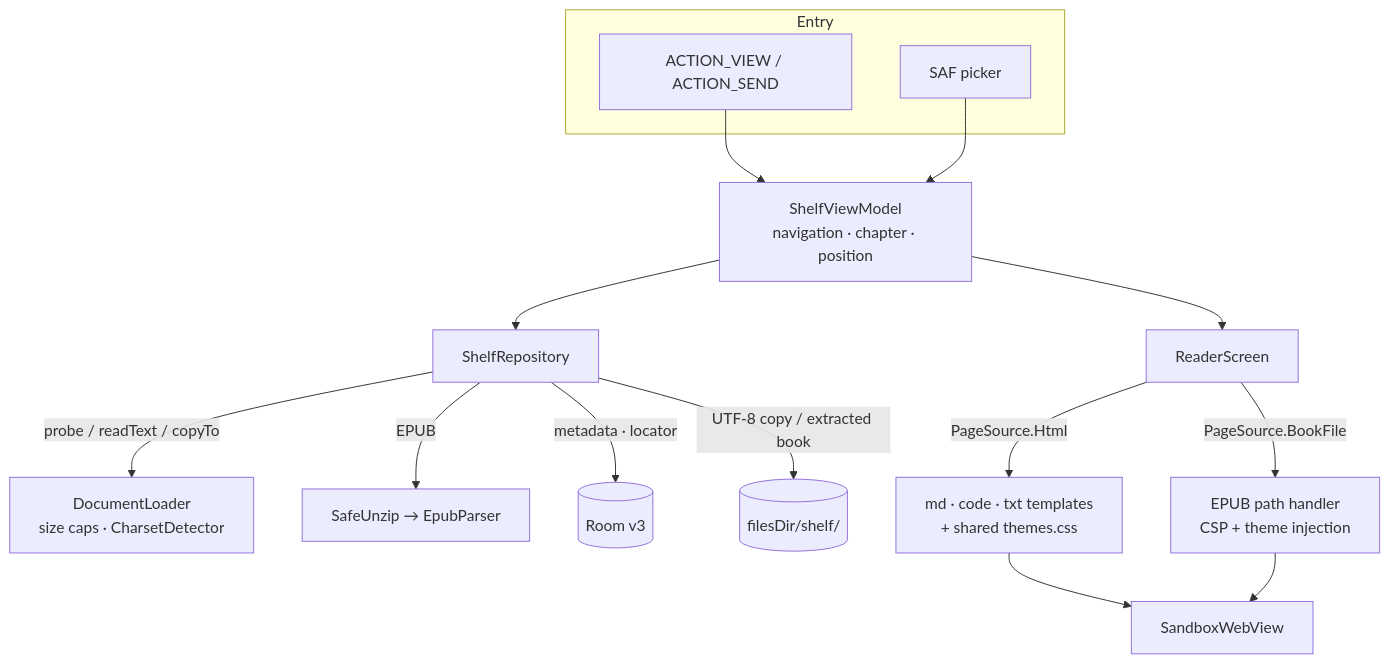
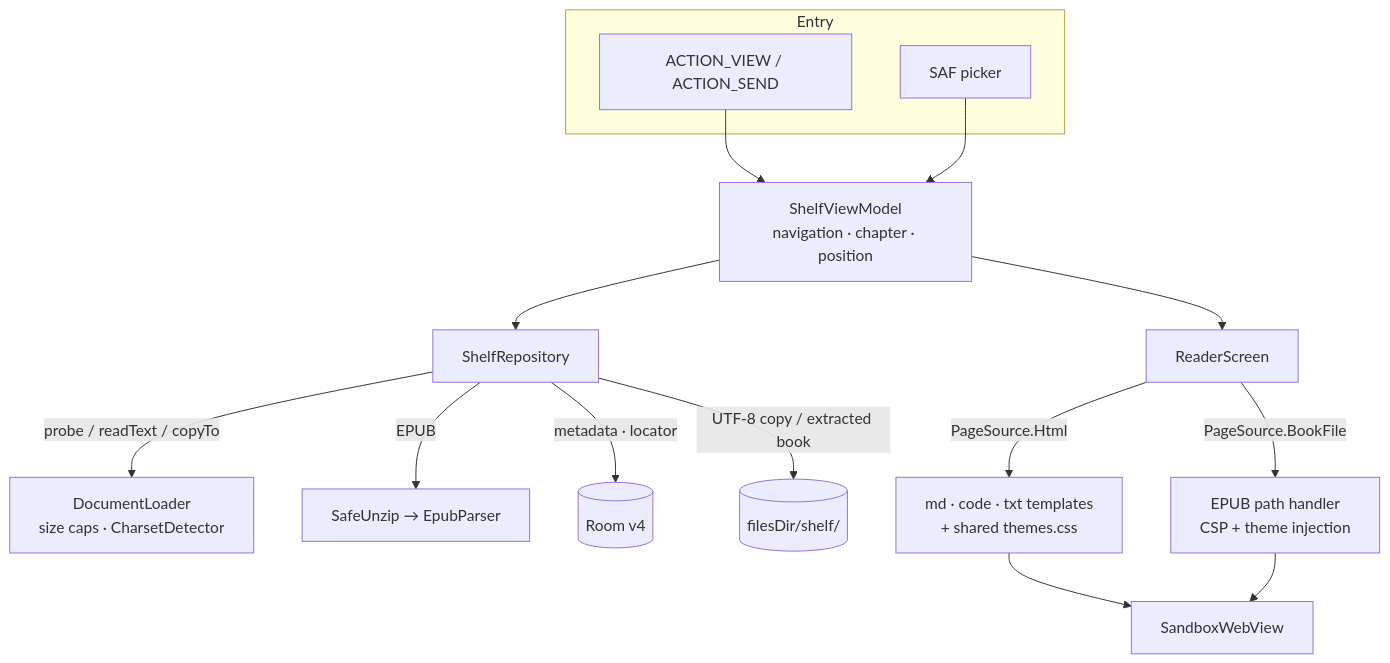
The diagram in README.md (Zer0Rin/yhviewer), drawn with Mermaid before and after one commit. The commit also changed other lines of this file and 55 other files, not shown here.

````diff
--- a/README.md
+++ b/README.md
@@ -140,19 +144,19 @@
 ```mermaid
 flowchart TB
     subgraph Entry
         Intent["ACTION_VIEW / ACTION_SEND"]
         Picker["SAF picker"]
     end
     Intent --> VM
     Picker --> VM
     VM["ShelfViewModel<br/>navigation · chapter · position"] --> Repo["ShelfRepository"]
     Repo -->|"probe / readText / copyTo"| Loader["DocumentLoader<br/>size caps · CharsetDetector"]
     Repo -->|"EPUB"| Epub["SafeUnzip → EpubParser"]
-    Repo -->|"metadata · locator"| Room[("Room v3")]
+    Repo -->|"metadata · locator"| Room[("Room v4")]
     Repo -->|"UTF-8 copy / extracted book"| Files[("filesDir/shelf/")]
     VM --> Reader["ReaderScreen"]
     Reader -->|"PageSource.Html"| Templates["md · code · txt templates<br/>+ shared themes.css"]
     Reader -->|"PageSource.BookFile"| BookHandler["EPUB path handler<br/>CSP + theme injection"]
     Templates --> Sandbox["SandboxWebView"]
     BookHandler --> Sandbox
 ```
````
